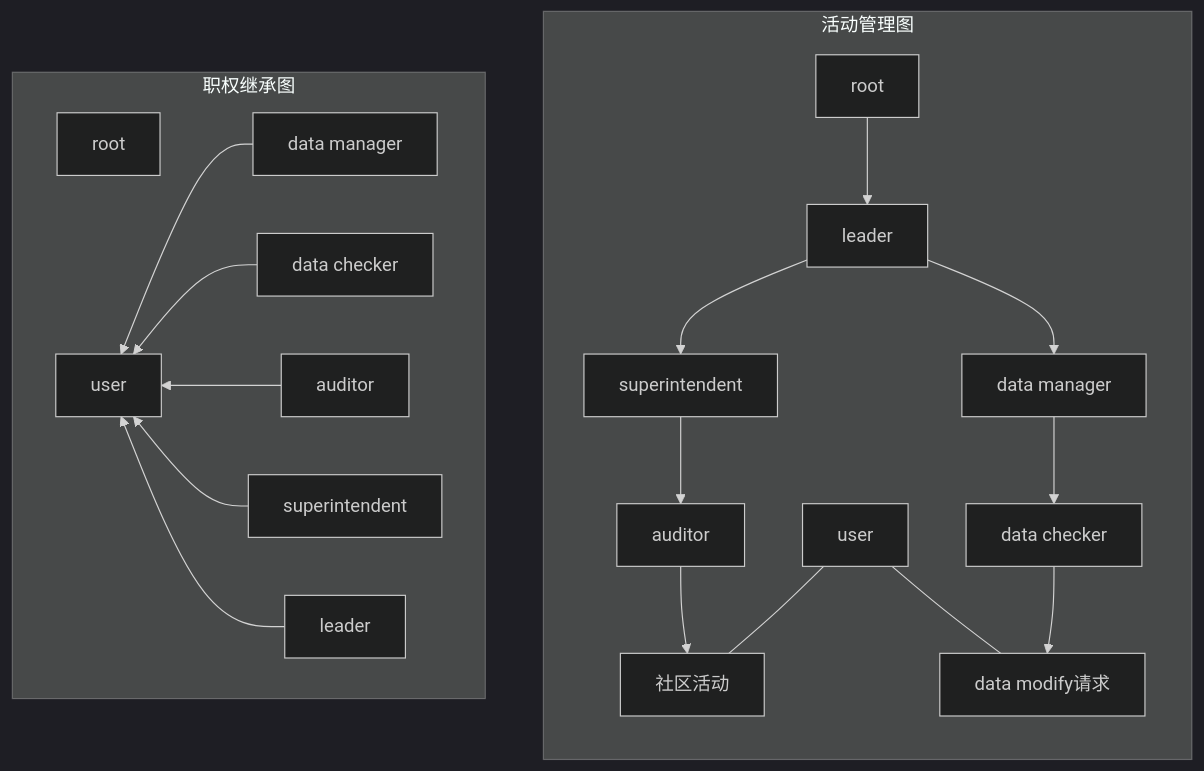
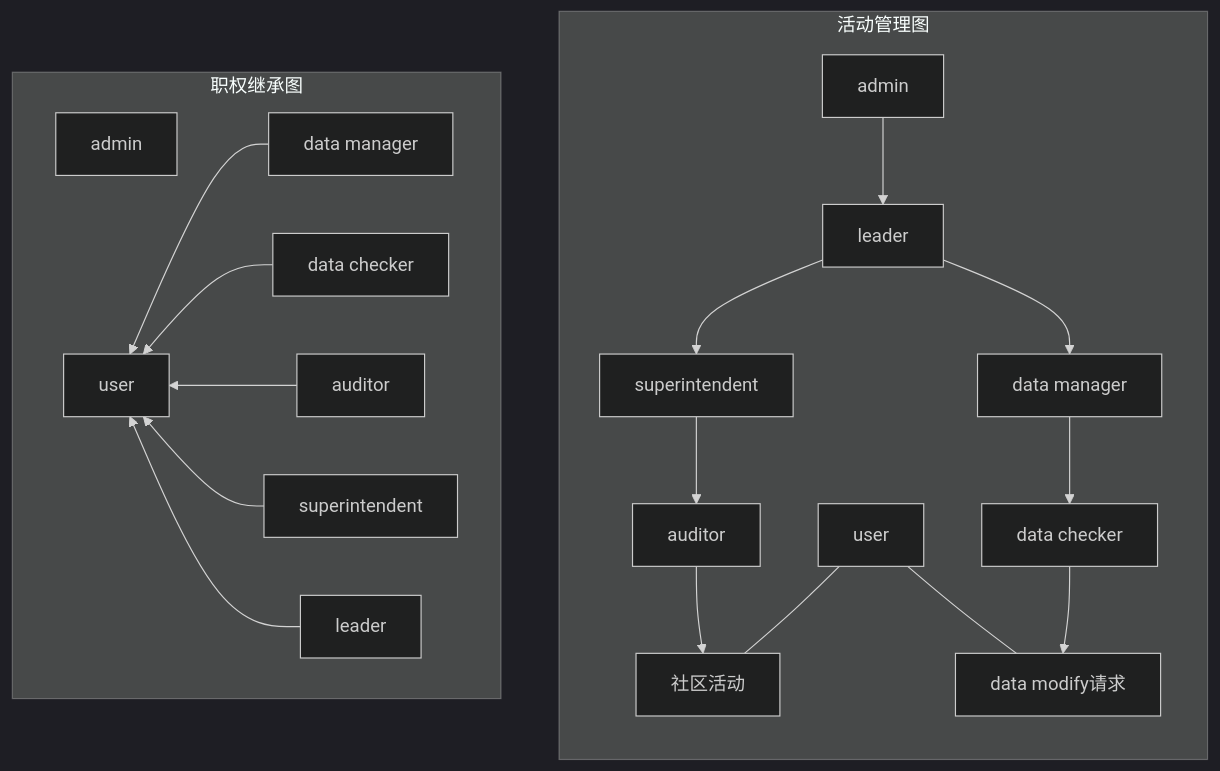
One commit to TouhouCloudMusic/thcdb changed the diagram in server/docs/architecture/user/manager_permission/design.md. Above: the diagram before and after it, drawn with Mermaid (dark theme). The commit also changed other lines of this file and 27 other files, not shown here.

````diff
--- a/server/docs/architecture/user/manager_permission/design.md
+++ b/server/docs/architecture/user/manager_permission/design.md
@@ -15,30 +15,30 @@
 ```mermaid
 graph TB
     subgraph 活动管理图
         direction TB
         management_data_manager[data manager]
         management_data_checker[data checker]
-        management_root[root]
+        management_admin[admin]
         management_user[user]
         management_leader[leader]
         management_superintendent[superintendent]
         management_auditor[auditor]
         data_modify请求[data modify请求]
-        management_root --> management_leader
+        management_admin --> management_leader
         management_leader --> management_superintendent --> management_auditor --> 社区活动
         management_user --- 社区活动
         management_user --- data_modify请求
         management_leader --> management_data_manager --> management_data_checker --> data_modify请求
     end
     subgraph 职权继承图
         direction RL
-        root
+        admin
         data_manager[data manager]
         data_checker[data checker]
         data_manager --> user
         data_checker --> user
         auditor --> user
         superintendent --> user
         leader --> user
     end
 ```
````
